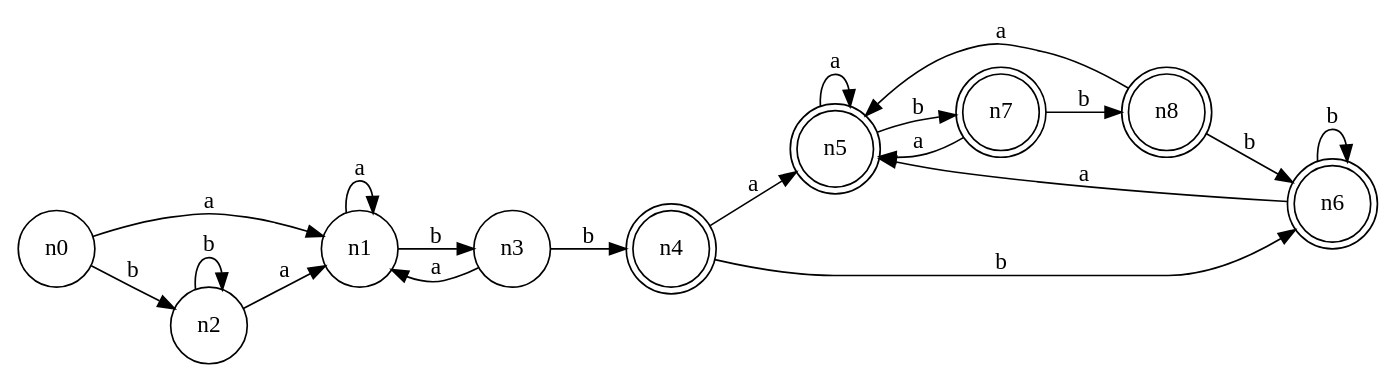
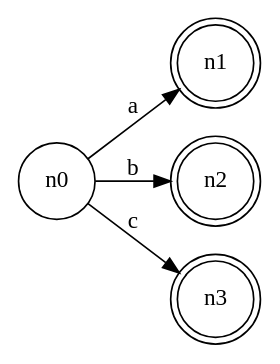
One commit to LocalPiper/compiler-shenanigans changed the diagram in subset_construction/output.dot. Above: the diagram before and after it, drawn with Graphviz. The commit also changed 7 other files, not shown here.

```diff
--- a/subset_construction/output.dot
+++ b/subset_construction/output.dot
@@ -1,30 +1,10 @@
 digraph DFA {
   rankdir=LR;
   n0 [shape=circle, label="n0"];
-  n1 [shape=circle, label="n1"];
-  n2 [shape=circle, label="n2"];
-  n3 [shape=circle, label="n3"];
-  n4 [shape=doublecircle, label="n4"];
-  n5 [shape=doublecircle, label="n5"];
-  n6 [shape=doublecircle, label="n6"];
-  n7 [shape=doublecircle, label="n7"];
-  n8 [shape=doublecircle, label="n8"];
+  n1 [shape=doublecircle, label="n1"];
+  n2 [shape=doublecircle, label="n2"];
+  n3 [shape=doublecircle, label="n3"];
   n0 -> n1 [label="a"];
   n0 -> n2 [label="b"];
-  n1 -> n1 [label="a"];
-  n1 -> n3 [label="b"];
-  n2 -> n1 [label="a"];
-  n2 -> n2 [label="b"];
-  n3 -> n1 [label="a"];
-  n3 -> n4 [label="b"];
-  n4 -> n5 [label="a"];
-  n4 -> n6 [label="b"];
-  n5 -> n5 [label="a"];
-  n5 -> n7 [label="b"];
-  n6 -> n5 [label="a"];
-  n6 -> n6 [label="b"];
-  n7 -> n5 [label="a"];
-  n7 -> n8 [label="b"];
-  n8 -> n5 [label="a"];
-  n8 -> n6 [label="b"];
+  n0 -> n3 [label="c"];
 }
```
